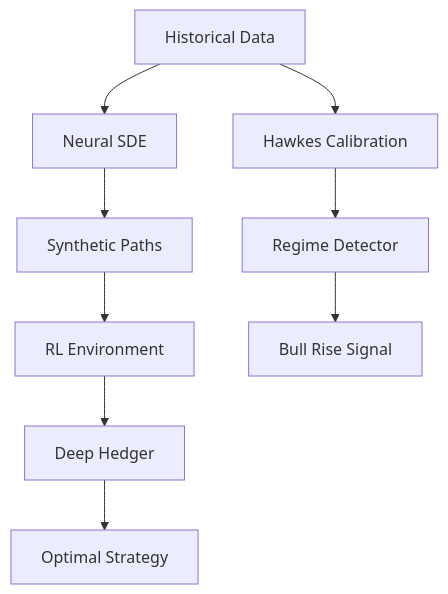
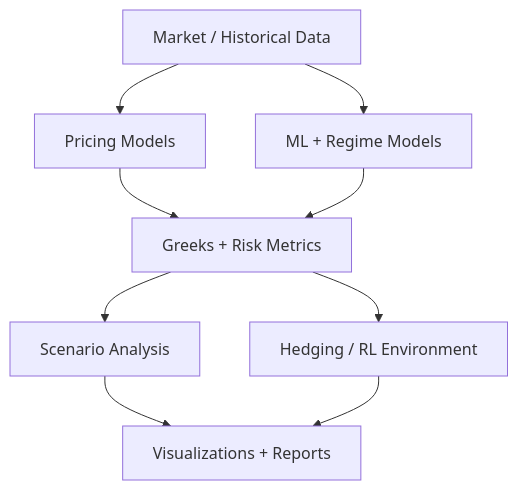
Before and after one commit to planksconstant-arch/Quantflow: the diagram in README.md, drawn with Mermaid. The commit also changed other lines of this file and 6 other files, not shown here.

````diff
--- a/README.md
+++ b/README.md
@@ -61,12 +71,11 @@
 ```mermaid
 graph TB
-    A[Historical Data] --> B[Neural SDE]
-    B --> C[Synthetic Paths]
-    C --> D[RL Environment]
-    D --> E[Deep Hedger]
-    E --> F[Optimal Strategy]
-    
-    A --> G[Hawkes Calibration]
-    G --> H[Regime Detector]
-    H --> I[Bull Rise Signal]
+    A[Market / Historical Data] --> B[Pricing Models]
+    A --> C[ML + Regime Models]
+    B --> D[Greeks + Risk Metrics]
+    C --> D
+    D --> E[Scenario Analysis]
+    D --> F[Hedging / RL Environment]
+    E --> G[Visualizations + Reports]
+    F --> G
 ```
````
